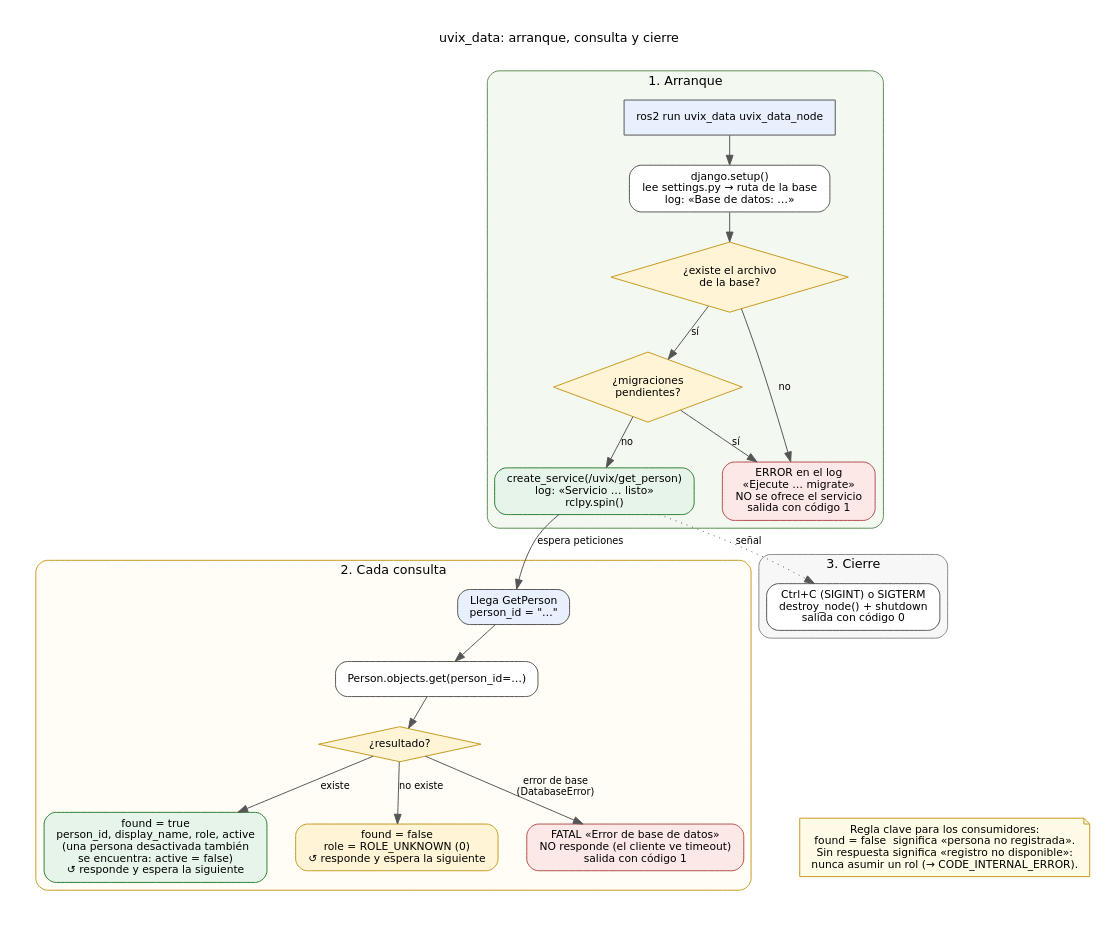
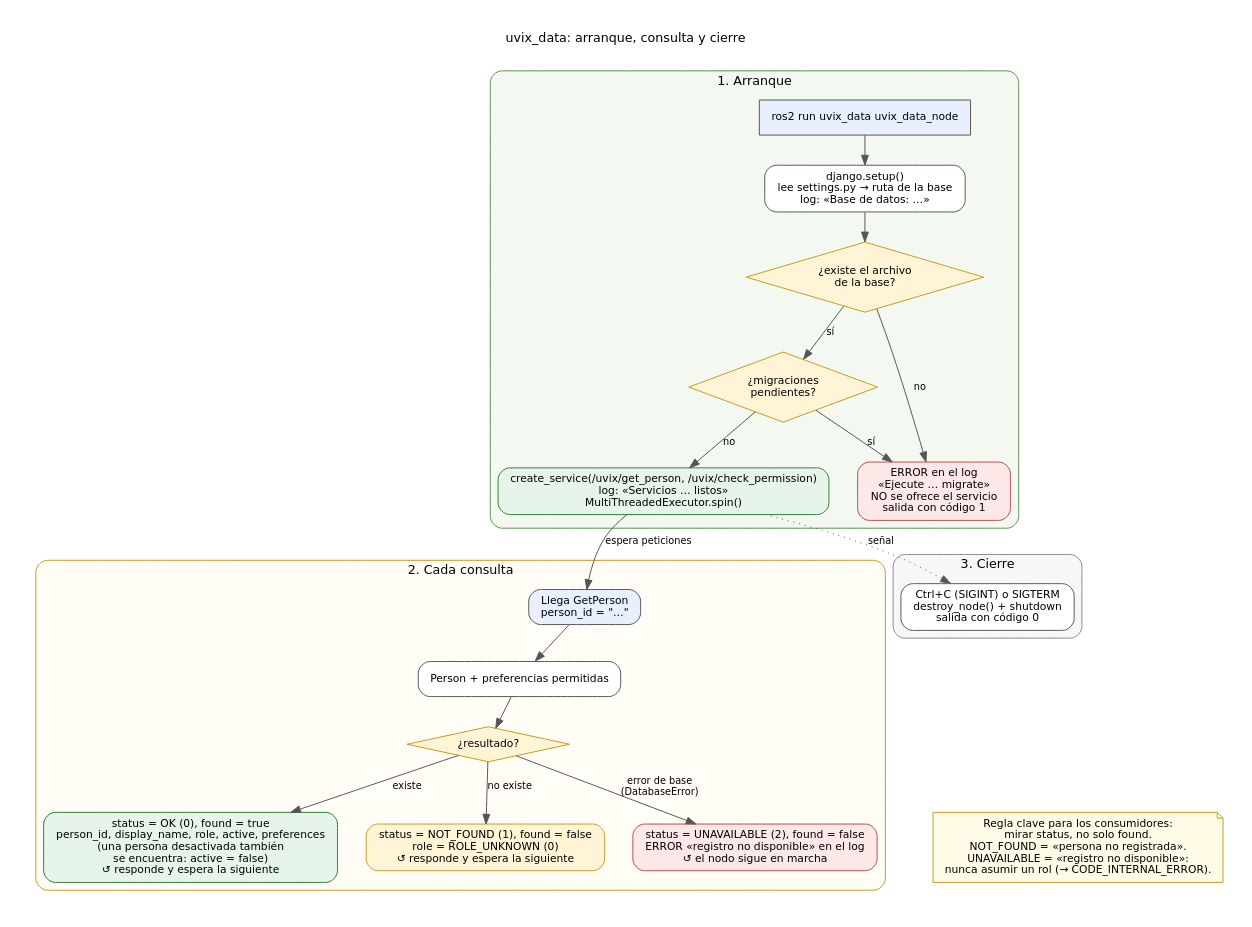
Before and after one commit to chinoelmocho/uvix_ws: the diagram in src/uvix_data/imagenes/flujo_get_person.dot, drawn with Graphviz. The commit also changed 19 other files, not shown here.

```diff
--- a/src/uvix_data/imagenes/flujo_get_person.dot
+++ b/src/uvix_data/imagenes/flujo_get_person.dot
@@ -1,50 +1,50 @@
 // Flujo de arranque y de consulta del nodo uvix_data. Generar con:
 //   dot -Tpng -Gdpi=150 flujo_get_person.dot -o flujo_get_person.png
 digraph flujo {
   graph [rankdir=TB, fontname="DejaVu Sans", fontsize=13, nodesep=0.4, ranksep=0.4,
          labelloc=t, label="uvix_data: arranque, consulta y cierre\n ", bgcolor=white, pad=0.3, newrank=true];
   node  [fontname="DejaVu Sans", fontsize=11, shape=box, style="rounded,filled", fillcolor="#ffffff", color="#555555", margin="0.16,0.08"];
   edge  [fontname="DejaVu Sans", fontsize=10, color="#555555"];
 
   subgraph cluster_arranque {
     label="1. Arranque"; style="rounded,filled"; fillcolor="#f3f8f1"; color="#5b8c51";
     inicio   [label="ros2 run uvix_data uvix_data_node", shape=box, style="filled", fillcolor="#e8f0fe"];
     setup    [label="django.setup()\nlee settings.py → ruta de la base\nlog: «Base de datos: …»"];
     existe   [label="¿existe el archivo\nde la base?", shape=diamond, style=filled, fillcolor="#fff4d6", color="#c79a1e"];
     migr     [label="¿migraciones\npendientes?", shape=diamond, style=filled, fillcolor="#fff4d6", color="#c79a1e"];
-    listo    [label="create_service(/uvix/get_person)\nlog: «Servicio … listo»\nrclpy.spin()", fillcolor="#e6f4ea", color="#2e7d32"];
+    listo    [label="create_service(/uvix/get_person, /uvix/check_permission)\nlog: «Servicios … listos»\nMultiThreadedExecutor.spin()", fillcolor="#e6f4ea", color="#2e7d32"];
     noarr    [label="ERROR en el log\n«Ejecute … migrate»\nNO se ofrece el servicio\nsalida con código 1", fillcolor="#fde8e8", color="#b34b4b"];
   }
 
   subgraph cluster_consulta {
     label="2. Cada consulta"; style="rounded,filled"; fillcolor="#fffdf5"; color="#c79a1e";
     peticion [label="Llega GetPerson\nperson_id = \"…\"", fillcolor="#e8f0fe"];
-    buscar   [label="Person.objects.get(person_id=…)"];
+    buscar   [label="Person + preferencias permitidas"];
     res      [label="¿resultado?", shape=diamond, style=filled, fillcolor="#fff4d6", color="#c79a1e"];
-    found    [label="found = true\nperson_id, display_name, role, active\n(una persona desactivada también\nse encuentra: active = false)\n↺ responde y espera la siguiente", fillcolor="#e6f4ea", color="#2e7d32"];
-    nofound  [label="found = false\nrole = ROLE_UNKNOWN (0)\n↺ responde y espera la siguiente", fillcolor="#fff4d6", color="#c79a1e"];
-    caida    [label="FATAL «Error de base de datos»\nNO responde (el cliente ve timeout)\nsalida con código 1", fillcolor="#fde8e8", color="#b34b4b"];
+    found    [label="status = OK (0), found = true\nperson_id, display_name, role, active, preferences\n(una persona desactivada también\nse encuentra: active = false)\n↺ responde y espera la siguiente", fillcolor="#e6f4ea", color="#2e7d32"];
+    nofound  [label="status = NOT_FOUND (1), found = false\nrole = ROLE_UNKNOWN (0)\n↺ responde y espera la siguiente", fillcolor="#fff4d6", color="#c79a1e"];
+    caida    [label="status = UNAVAILABLE (2), found = false\nERROR «registro no disponible» en el log\n↺ el nodo sigue en marcha", fillcolor="#fde8e8", color="#b34b4b"];
   }
 
   subgraph cluster_cierre {
     label="3. Cierre"; style="rounded,filled"; fillcolor="#f7f7f7"; color="#888888";
     cierre [label="Ctrl+C (SIGINT) o SIGTERM\ndestroy_node() + shutdown\nsalida con código 0"];
   }
 
   inicio -> setup -> existe;
   existe -> migr  [label="sí"];
   existe -> noarr [label="no"];
   migr -> noarr [label="sí"];
   migr -> listo [label="no"];
   listo -> peticion [label="espera peticiones"];
   peticion -> buscar -> res;
   res -> found   [label="existe"];
   res -> nofound [label="no existe"];
   res -> caida   [label="error de base\n(DatabaseError)"];
   listo -> cierre [style=dotted, label="señal"];
 
   regla [shape=note, fillcolor="#fffbe6", color="#c79a1e",
-         label="Regla clave para los consumidores:\nfound = false  significa «persona no registrada».\nSin respuesta significa «registro no disponible»:\nnunca asumir un rol (→ CODE_INTERNAL_ERROR)."];
+         label="Regla clave para los consumidores:\nmirar status, no solo found.\nNOT_FOUND = «persona no registrada».\nUNAVAILABLE = «registro no disponible»:\nnunca asumir un rol (→ CODE_INTERNAL_ERROR)."];
   { rank=same; caida; regla; }
   caida -> regla [style=invis];
 }
```
